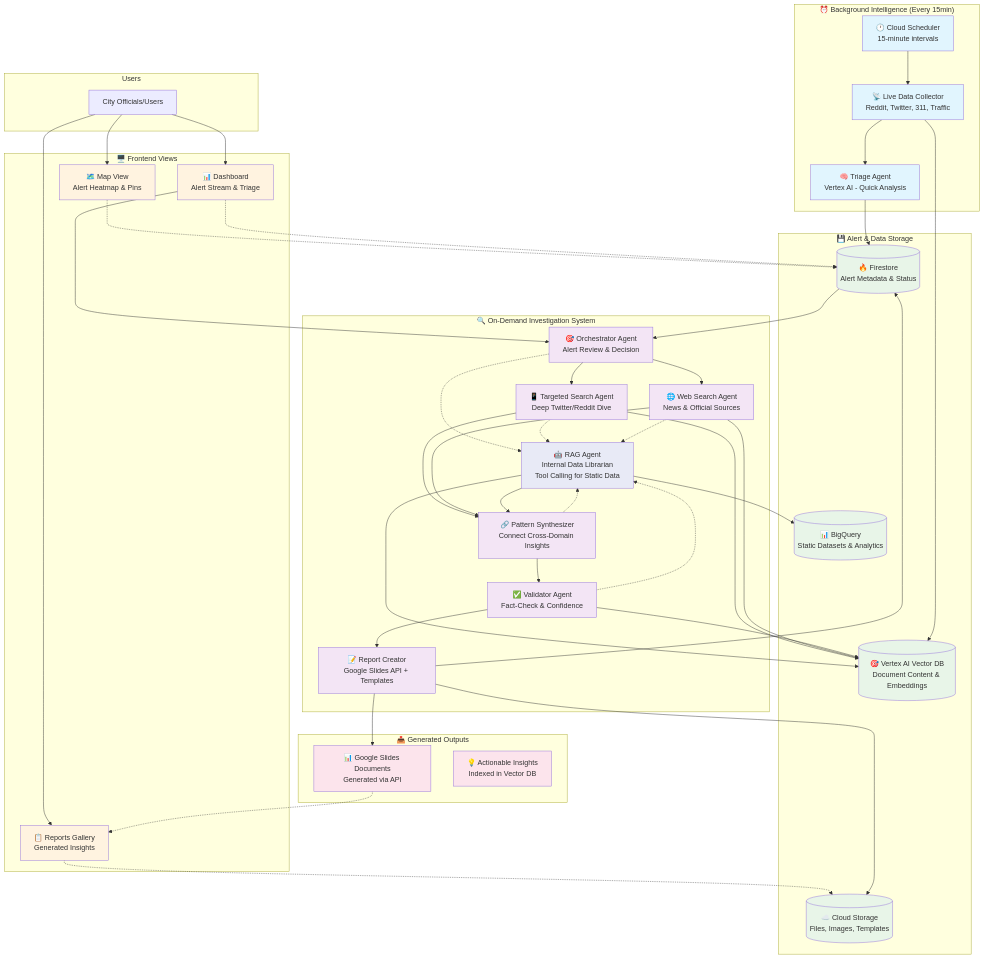
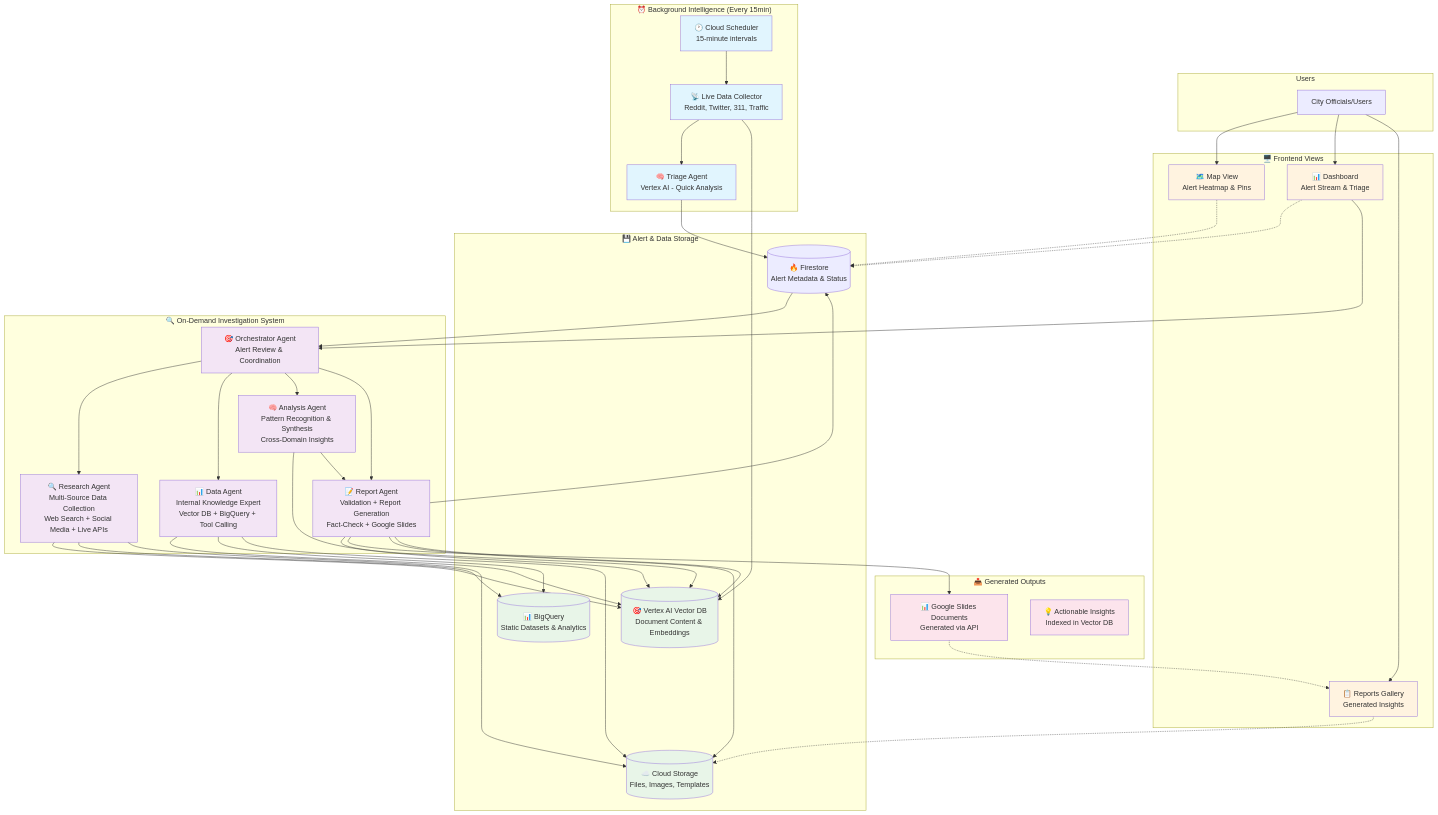
The diagram in docs/architecture.md (M-JULIANI/nyc-monitor), drawn with Mermaid before and after one commit. The commit also changed other lines of this file, not shown here.

Commit message:
5 AGENT MODEL

````diff
--- a/docs/architecture.md
+++ b/docs/architecture.md
@@ -28,13 +28,11 @@
     end
 
     subgraph Investigation["🔍 On-Demand Investigation System"]
-        Orchestrator[🎯 Orchestrator Agent<br/>Alert Review & Decision]
-        RAG[🤖 RAG Agent<br/>Internal Data Librarian<br/>Tool Calling for Static Data]
-        LiveAgent[📱 Targeted Search Agent<br/>Deep Twitter/Reddit Dive]
-        WebAgent[🌐 Web Search Agent<br/>News & Official Sources]
-        Synthesizer[🔗 Pattern Synthesizer<br/>Connect Cross-Domain Insights]
-        Validator[✅ Validator Agent<br/>Fact-Check & Confidence]
-        Reporter[📝 Report Creator<br/>Google Slides API + Templates]
+        Orchestrator[🎯 Orchestrator Agent<br/>Alert Review & Coordination]
+        ResearchAgent[🔍 Research Agent<br/>Multi-Source Data Collection<br/>Web Search + Social Media + Live APIs]
+        DataAgent[📊 Data Agent<br/>Internal Knowledge Expert<br/>Vector DB + BigQuery + Tool Calling]
+        AnalysisAgent[🧠 Analysis Agent<br/>Pattern Recognition & Synthesis<br/>Cross-Domain Insights]
+        ReportAgent[📝 Report Agent<br/>Validation + Report Generation<br/>Fact-Check + Google Slides]
     end
 
     subgraph Outputs["📤 Generated Outputs"]
@@ -63,39 +61,34 @@
     Firestore --> Orchestrator
 
     %% Investigation Flow - Orchestrator assigns tasks
-    Orchestrator --> LiveAgent
-    Orchestrator --> WebAgent
+    Orchestrator --> ResearchAgent
+    Orchestrator --> DataAgent
+    Orchestrator --> AnalysisAgent
+    Orchestrator --> ReportAgent
     
-    %% Agents query RAG for internal data
-    Orchestrator -.-> RAG
-    LiveAgent -.-> RAG
-    WebAgent -.-> RAG
-    Synthesizer -.-> RAG
-    Validator -.-> RAG
+    %% Agents query data experts
+    ResearchAgent --> Vector
+    DataAgent --> Vector
+    AnalysisAgent --> Vector
+    ReportAgent --> Vector
     
-    %% RAG Agent data access
-    RAG --> Vector
-    RAG --> BigQuery
+    %% Data expert access
+    ResearchAgent --> BigQuery
+    DataAgent --> BigQuery
     
     %% External data collection
-    LiveAgent --> Vector
-    WebAgent --> Vector
+    ResearchAgent --> CloudStorage
+    DataAgent --> CloudStorage
     
     %% Analysis and synthesis
-    LiveAgent --> Synthesizer
-    WebAgent --> Synthesizer
-    RAG --> Synthesizer
+    AnalysisAgent --> ReportAgent
     
-    Synthesizer --> Validator
-    Validator --> Reporter
-    
-    %% Output generation
-    Reporter --> GSlides
-    Reporter --> CloudStorage
-    Reporter --> Firestore
+    ReportAgent --> GSlides
+    ReportAgent --> CloudStorage
+    ReportAgent --> Firestore
     
     %% Knowledge building
-    Validator --> Vector
+    ReportAgent --> Vector
     GSlides -.-> Reports
 
     %% Styling
@@ -107,9 +100,8 @@
     classDef rag fill:#e8eaf6
 
     class Cron,Collector,Triage background
-    class Orchestrator,LiveAgent,WebAgent,Synthesizer,Validator,Reporter investigation
-    class RAG rag
-    class Firestore,Vector,BigQuery,CloudStorage storage
+    class Orchestrator,ResearchAgent,DataAgent,AnalysisAgent,ReportAgent investigation
+    class Vector,BigQuery,CloudStorage storage
     class Map,Dashboard,Reports frontend
     class GSlides,Insights output
 ```
````
